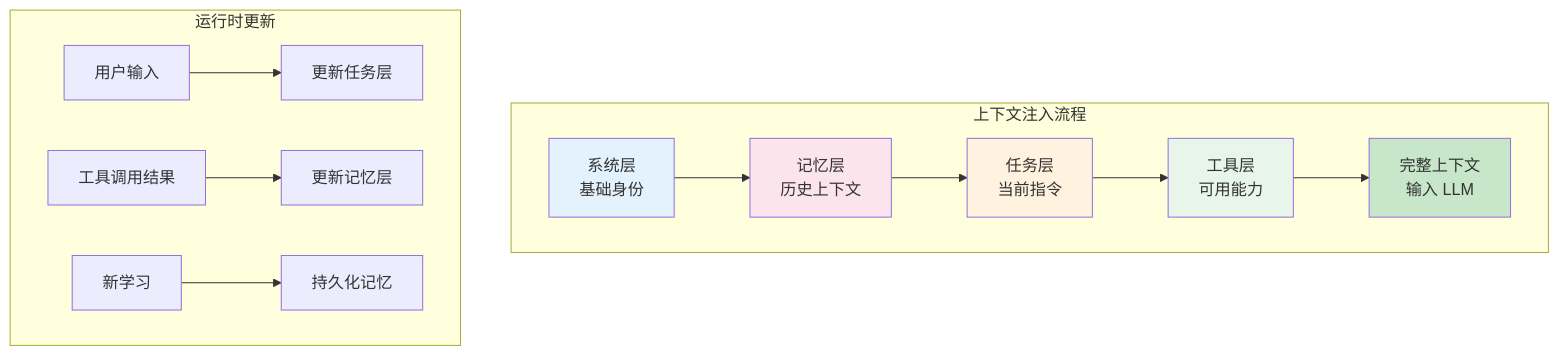
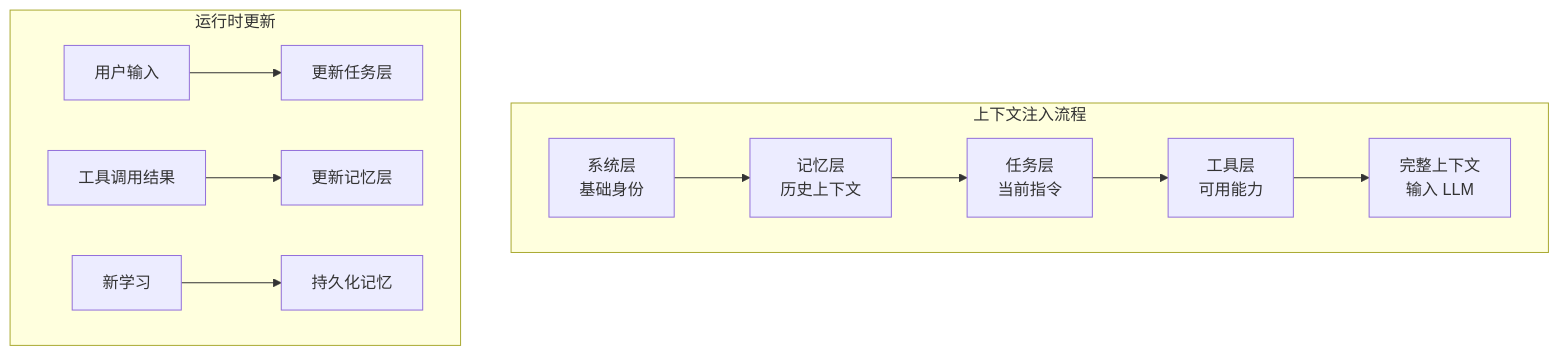
One commit to yuexiaoliang/prompt-engineering-learning changed the second of 4 diagrams in 05-context-engineering-zh.md. Above: the diagram before and after it, drawn with Mermaid. The commit also changed other lines of this file, not shown here.

Commit message:
fix: remove hardcoded fill colors from Mermaid diagrams for light/dark theme adaptation

````diff
--- a/05-context-engineering-zh.md
+++ b/05-context-engineering-zh.md
@@ -188,21 +196,15 @@
 ```mermaid
 flowchart TD
     subgraph "上下文注入流程"
         A[系统层<br/>基础身份] --> B[记忆层<br/>历史上下文]
         B --> C[任务层<br/>当前指令]
         C --> D[工具层<br/>可用能力]
         D --> E[完整上下文<br/>输入 LLM]
     end
 
     subgraph "运行时更新"
         F[用户输入] --> G[更新任务层]
         H[工具调用结果] --> I[更新记忆层]
         J[新学习] --> K[持久化记忆]
     end
-
-    style A fill:#e3f2fd
-    style B fill:#fce4ec
-    style C fill:#fff3e0
-    style D fill:#e8f5e9
-    style E fill:#c8e6c9
 ```
````
